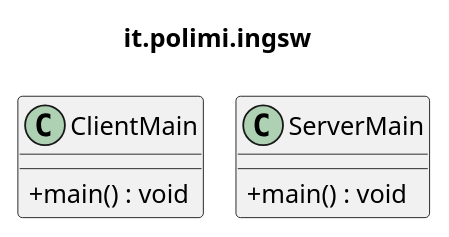
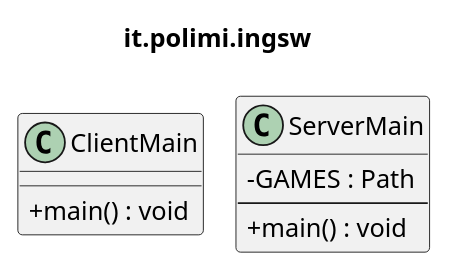
The diagram in docs/uml/detailed/it-polimi-ingsw.puml (samuelesegrini/ing-sw-2025-segrini-terribile-varricchio-zanca), drawn with PlantUML before and after one commit. The commit also changed 8 other files, not shown here.

```diff
--- a/docs/uml/detailed/it-polimi-ingsw.puml
+++ b/docs/uml/detailed/it-polimi-ingsw.puml
@@ -1,15 +1,17 @@
 @startuml it_polimi_ingsw
 ' Generated by tools/uml/generate-detailed.py. Do not edit by hand.
 !pragma layout smetana
 skinparam shadowing false
 skinparam classAttributeIconSize 0
 title it.polimi.ingsw
 
 class ClientMain {
   +main() : void
 }
 class ServerMain {
+  -GAMES : Path
+  --
   +main() : void
 }
 
 @enduml
```
